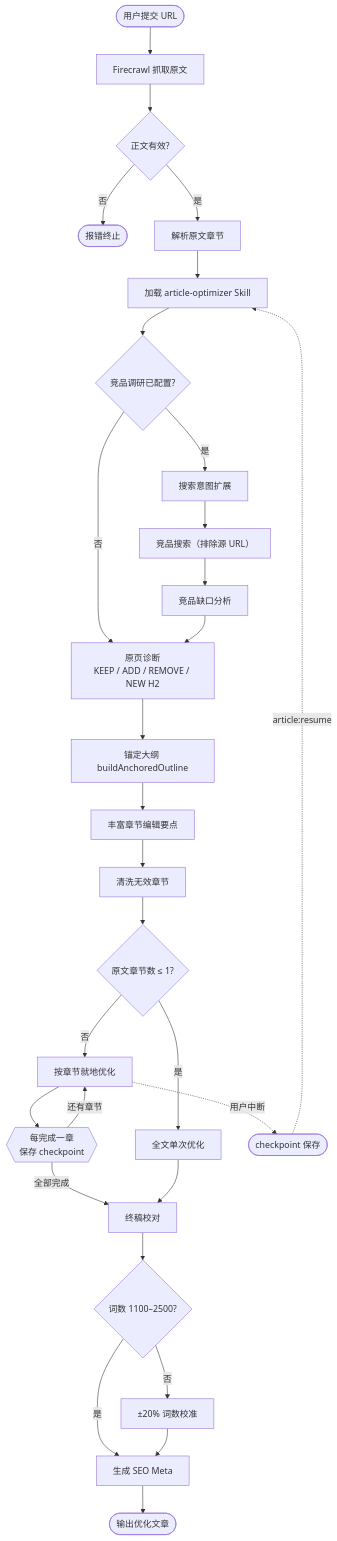
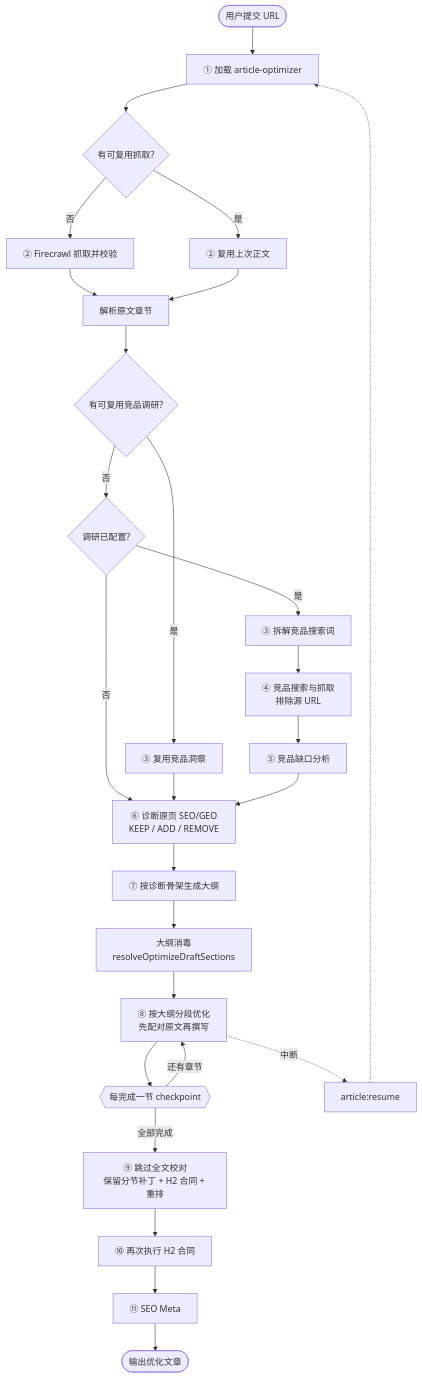
Before and after one commit to YieCham/seo-article-generate: the third of 7 diagrams in README.md, drawn with Mermaid. The commit also changed other lines of this file, not shown here.

Commit message:
Align README flowcharts with the current create and optimize pipelines

````diff
--- a/README.md
+++ b/README.md
@@ -155,41 +152,37 @@
 ```mermaid
 flowchart TD
-  Start(["用户提交 URL"]) --> Scrape[Firecrawl 抓取原文]
-  Scrape --> Validate{正文有效?}
-  Validate -->|否| Fail(["报错终止"])
-  Validate -->|是| Parse[解析原文章节]
+  Start(["用户提交 URL"]) --> Skills["① 加载 article-optimizer"]
+  Skills --> ScrapeReuse{有可复用抓取?}
 
-  Parse --> LoadSkill[加载 article-optimizer Skill]
-  LoadSkill --> Research{竞品调研已配置?}
+  ScrapeReuse -->|是| ReusePage["② 复用上次正文"]
+  ScrapeReuse -->|否| Scrape["② Firecrawl 抓取并校验"]
+  Scrape --> Parse[解析原文章节]
+  ReusePage --> Parse
 
-  Research -->|是| R1[搜索意图扩展]
-  R1 --> R2["竞品搜索（排除源 URL）"]
-  R2 --> R3[竞品缺口分析]
+  Parse --> CompReuse{有可复用竞品调研?}
+  CompReuse -->|是| ReuseComp["③ 复用竞品洞察"]
+  CompReuse -->|否| Research{调研已配置?}
+
+  Research -->|是| Expand["③ 拆解竞品搜索词"]
+  Expand --> Search["④ 竞品搜索与抓取<br/>排除源 URL"]
+  Search --> Gap["⑤ 竞品缺口分析"]
 
   Research -->|否| Audit
-  R3 --> Audit["原页诊断<br/>KEEP / ADD / REMOVE / NEW H2"]
+  ReuseComp --> Audit
+  Gap --> Audit["⑥ 诊断原页 SEO/GEO<br/>KEEP / ADD / REMOVE"]
 
-  Audit --> Outline[锚定大纲 buildAnchoredOutline]
-  Outline --> Enrich[丰富章节编辑要点]
-  Enrich --> Sanitize[清洗无效章节]
+  Audit --> Outline["⑦ 按诊断骨架生成大纲"]
+  Outline --> Sanitize["大纲消毒<br/>resolveOptimizeDraftSections"]
+  Sanitize --> Draft["⑧ 按大纲分段优化<br/>先配对原文再撰写"]
 
-  Sanitize --> Branch{原文章节数 ≤ 1?}
+  Draft --> CP{{每完成一节 checkpoint}}
+  CP -->|还有章节| Draft
+  CP -->|全部完成| Patch["⑨ 跳过全文校对<br/>保留分节补丁 + H2 合同 + 重排"]
 
-  Branch -->|是| Single[全文单次优化]
-  Branch -->|否| Section[按章节就地优化]
-
-  Section --> CP2{{每完成一章<br/>保存 checkpoint}}
-  CP2 -->|还有章节| Section
-  CP2 -->|全部完成| Polish
-
-  Single --> Polish[终稿校对]
-  Polish --> LengthCheck{词数 1100–2500?}
-
-  LengthCheck -->|是| Meta
-  LengthCheck -->|否| Length["±20% 词数校准"]
-  Length --> Meta[生成 SEO Meta]
+  Patch --> H2["⑩ 再次执行 H2 合同"]
+  H2 --> Meta["⑪ SEO Meta"]
   Meta --> Done(["输出优化文章"])
 
-  Section -.->|用户中断| Interrupt(["checkpoint 保存"])
-  Interrupt -.->|article:resume| LoadSkill
+  Draft -.->|中断| Resume["article:resume"]
+  Resume -.-> Skills
 ```
````
